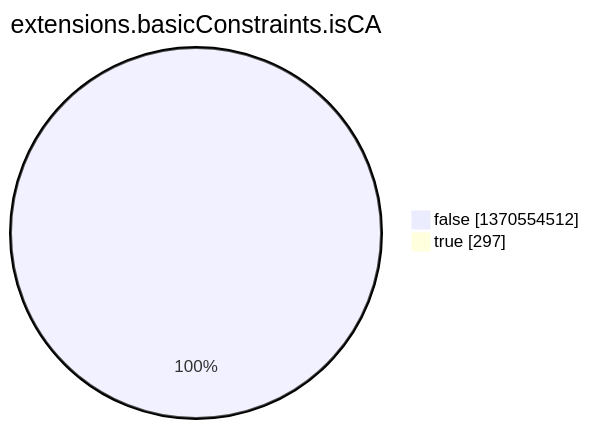
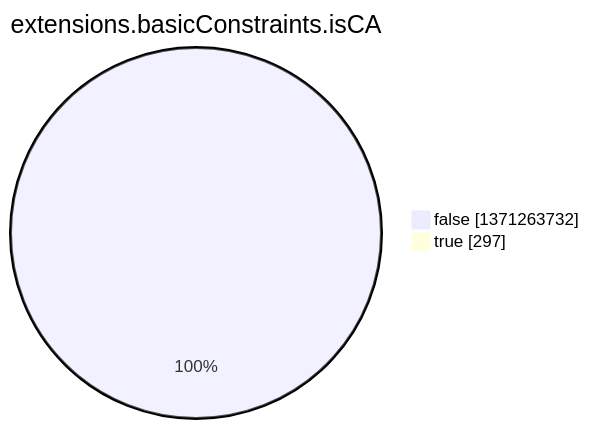
The eighth of 15 diagrams in argon2022/README.md (christiankrug/ctmonitor_visualization), drawn with Mermaid before and after one commit. The commit also changed other lines of this file, not shown here.

````diff
--- a/argon2022/README.md
+++ b/argon2022/README.md
@@ -2759,6 +2759,6 @@
 ```mermaid
 pie showData
 title extensions.basicConstraints.isCA
-"false" :1370554512
+"false" :1371263732
 "true" :297
 ```
````
